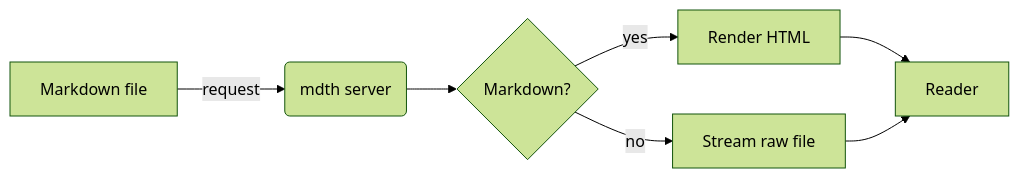
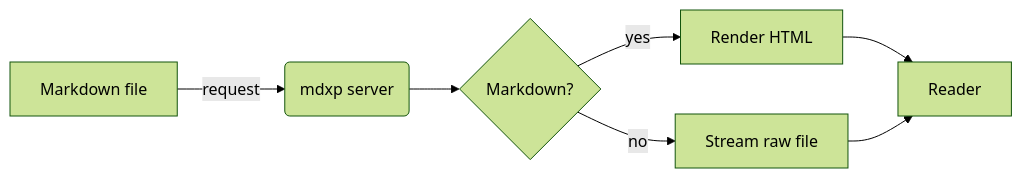
The first of 2 diagrams in sample/guide/diagrams.md (ishahadathb/mdxp), drawn with Mermaid (forest theme) before and after one commit. The commit also changed other lines of this file and 13 other files, not shown here.

````diff
--- a/sample/guide/diagrams.md
+++ b/sample/guide/diagrams.md
@@ -7,9 +7,9 @@
 ```mermaid
 flowchart LR
-    A[Markdown file] -->|request| B(mdth server)
+    A[Markdown file] -->|request| B(mdxp server)
     B --> C{Markdown?}
     C -->|yes| D[Render HTML]
     C -->|no| E[Stream raw file]
     D --> F[Reader]
     E --> F
 ```
````
